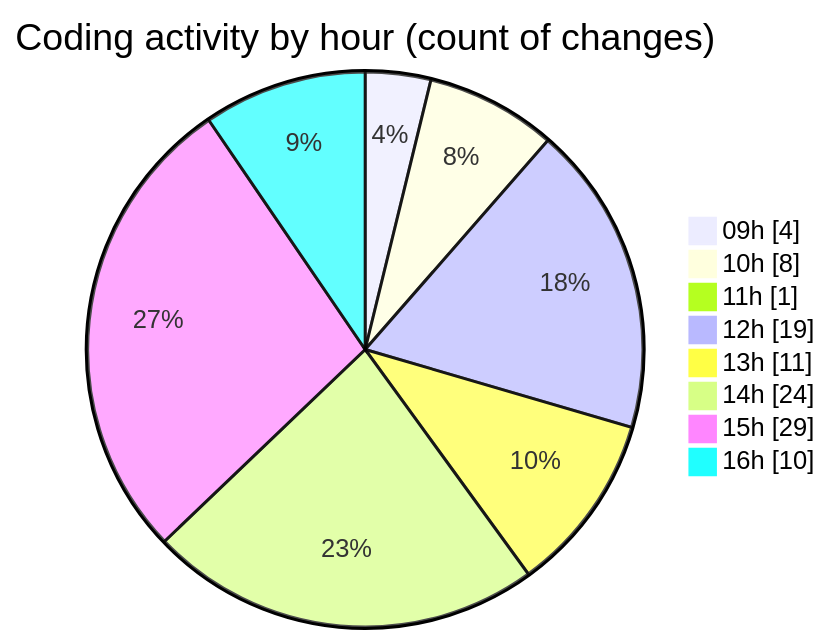
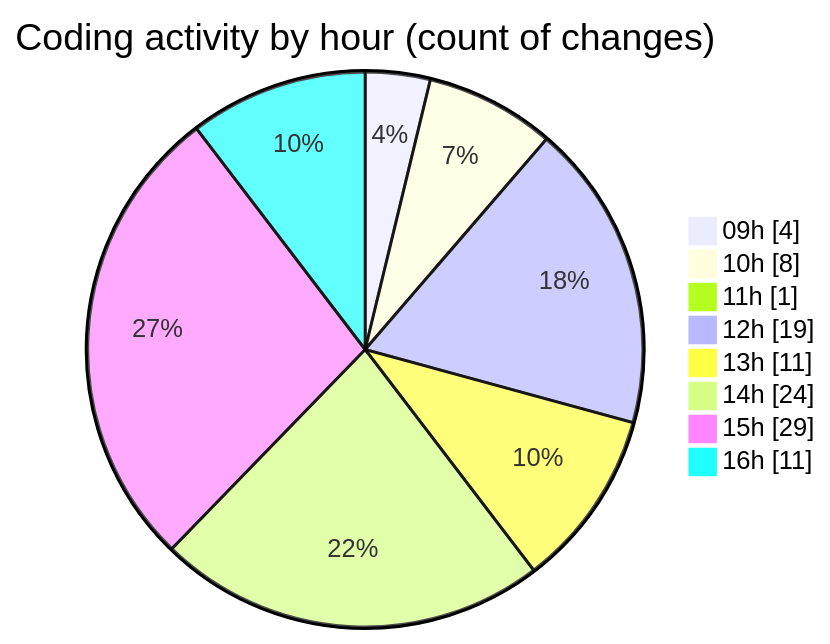
Before and after one commit to nxtqubesakshisongat/code-tracking: the second of 2 diagrams in 2026-02-18/nxtqube_webapp/README.md, drawn with Mermaid. The commit also changed other lines of this file and 1 other file, not shown here.

````diff
--- a/2026-02-18/nxtqube_webapp/README.md
+++ b/2026-02-18/nxtqube_webapp/README.md
@@ -38,12 +38,12 @@
 ```mermaid
 pie showData
 title Coding activity by hour (count of changes)
 "09h" : 4
 "10h" : 8
 "11h" : 1
 "12h" : 19
 "13h" : 11
 "14h" : 24
 "15h" : 29
-"16h" : 10
+"16h" : 11
 ```
````
